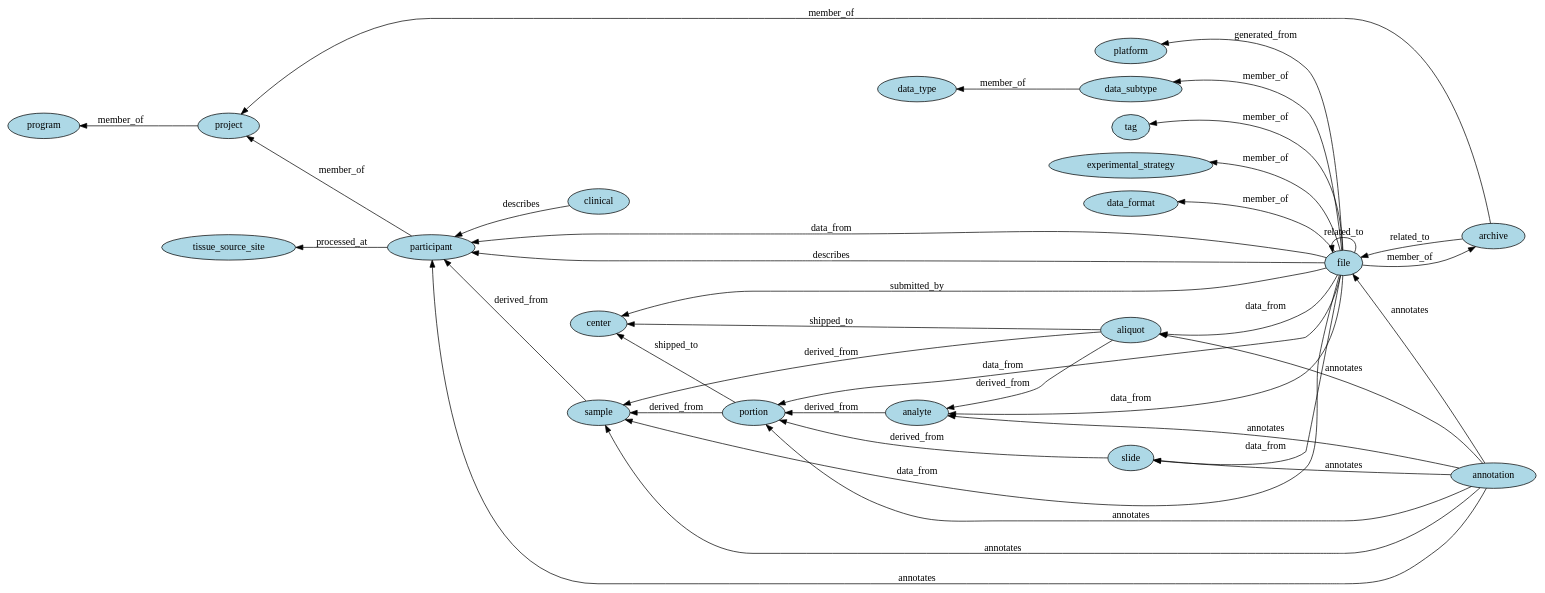
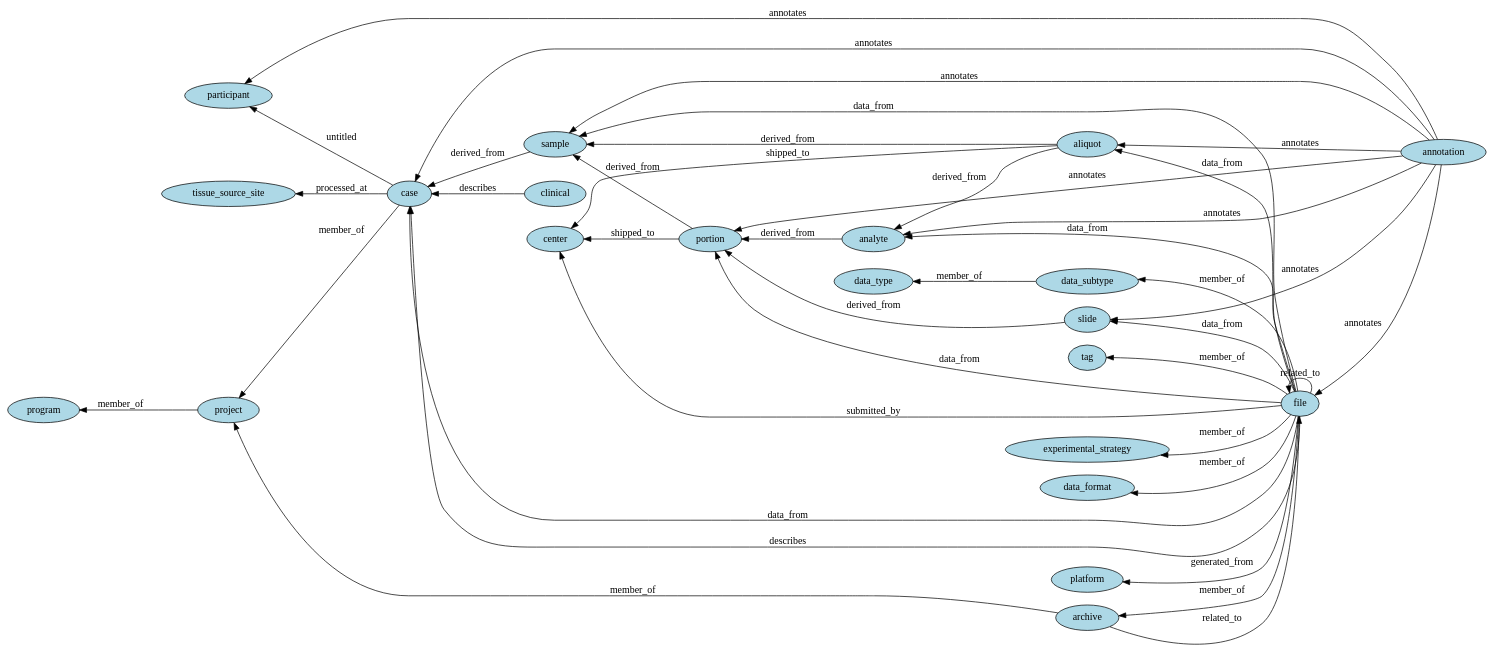
The diagram in docs/viz/gdc_data_model.gv (NCI-GDC/gdcdatamodel), drawn with Graphviz before and after one commit. The commit also changed 9 other files, not shown here.

```diff
--- a/docs/viz/gdc_data_model.gv
+++ b/docs/viz/gdc_data_model.gv
@@ -1,62 +1,65 @@
 // High level graph representation of GDC data model
 digraph {
 	graph [rankdir=RL]
 	node [fillcolor=lightblue style=filled]
 		aliquot [label=aliquot]
 		analyte [label=analyte]
 		portion [label=portion]
 		sample [label=sample]
 		participant [label=participant]
 		project [label=project]
 		program [label=program]
 		center [label=center]
 		platform [label=platform]
 		data_type [label=data_type]
 		data_subtype [label=data_subtype]
 		tag [label=tag]
 		experimental_strategy [label=experimental_strategy]
 		data_format [label=data_format]
 		file [label=file]
 		archive [label=archive]
 		annotation [label=annotation]
 		clinical [label=clinical]
 		slide [label=slide]
 		tissue_source_site [label=tissue_source_site]
+		case [label=case]
 			aliquot -> analyte [label=derived_from]
 			aliquot -> sample [label=derived_from]
 			analyte -> portion [label=derived_from]
 			portion -> sample [label=derived_from]
-			sample -> participant [label=derived_from]
+			sample -> case [label=derived_from]
 			slide -> portion [label=derived_from]
-			participant -> project [label=member_of]
+			case -> project [label=member_of]
 			project -> program [label=member_of]
 			archive -> project [label=member_of]
 			file -> archive [label=member_of]
 			file -> experimental_strategy [label=member_of]
 			file -> data_subtype [label=member_of]
 			file -> data_format [label=member_of]
 			file -> tag [label=member_of]
 			data_subtype -> data_type [label=member_of]
-			participant -> tissue_source_site [label=processed_at]
+			case -> tissue_source_site [label=processed_at]
 			file -> platform [label=generated_from]
 			file -> aliquot [label=data_from]
 			file -> analyte [label=data_from]
 			file -> portion [label=data_from]
 			file -> sample [label=data_from]
-			file -> participant [label=data_from]
+			file -> case [label=data_from]
 			file -> slide [label=data_from]
 			file -> file [label=related_to]
 			archive -> file [label=related_to]
-			file -> participant [label=describes]
-			clinical -> participant [label=describes]
+			file -> case [label=describes]
+			clinical -> case [label=describes]
 			annotation -> participant [label=annotates]
+			annotation -> case [label=annotates]
 			annotation -> sample [label=annotates]
 			annotation -> slide [label=annotates]
 			annotation -> portion [label=annotates]
 			annotation -> analyte [label=annotates]
 			annotation -> aliquot [label=annotates]
 			annotation -> file [label=annotates]
 			aliquot -> center [label=shipped_to]
 			portion -> center [label=shipped_to]
 			file -> center [label=submitted_by]
+			case -> participant [label=untitled]
 }
```
